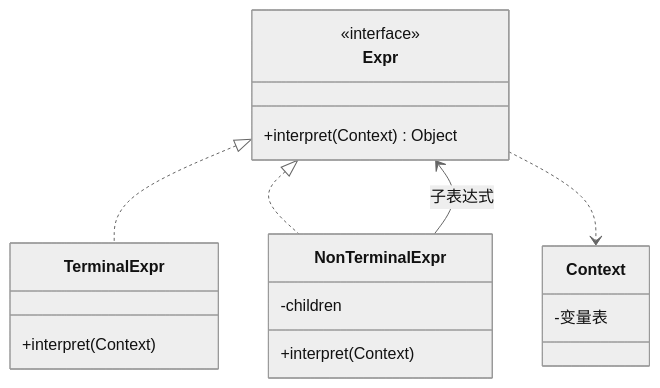
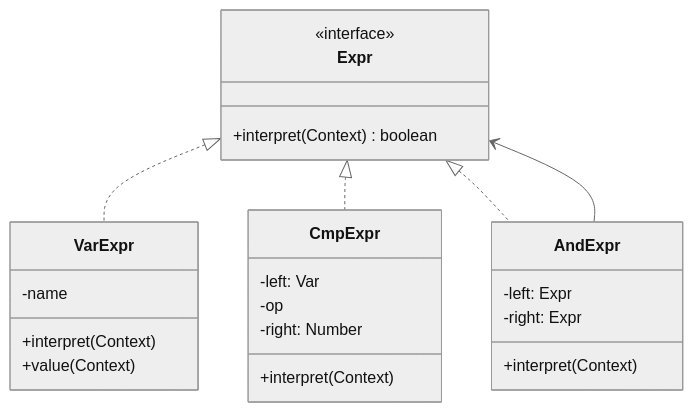
One commit to chongyang211/YCBookBlog changed the fourth of 8 diagrams in docs/08.编程/03.巧学设计模式/23.解释器模式设计思想.md. Above: the diagram before and after it, drawn with Mermaid (neutral theme). The commit also changed other lines of this file and 13 other files, not shown here.

````diff
--- a/docs/08.编程/03.巧学设计模式/23.解释器模式设计思想.md
+++ b/docs/08.编程/03.巧学设计模式/23.解释器模式设计思想.md
@@ -223,21 +338,27 @@
 ```mermaid
 classDiagram
     class Expr {
         <<interface>>
-        +interpret(Context) Object
+        +interpret(Context) boolean
     }
-    class TerminalExpr {
+    class VarExpr {
+        -name
+        +interpret(Context)
+        +value(Context)
+    }
+    class CmpExpr {
+        -left: Var
+        -op
+        -right: Number
         +interpret(Context)
     }
-    class NonTerminalExpr {
-        -children
+    class AndExpr {
+        -left: Expr
+        -right: Expr
         +interpret(Context)
     }
-    class Context {
-        -变量表
-    }
-    Expr <|.. TerminalExpr
-    Expr <|.. NonTerminalExpr
-    NonTerminalExpr --> Expr : 子表达式
-    Expr ..> Context
+    Expr <|.. VarExpr
+    Expr <|.. CmpExpr
+    Expr <|.. AndExpr
+    AndExpr --> Expr
 ```
````
